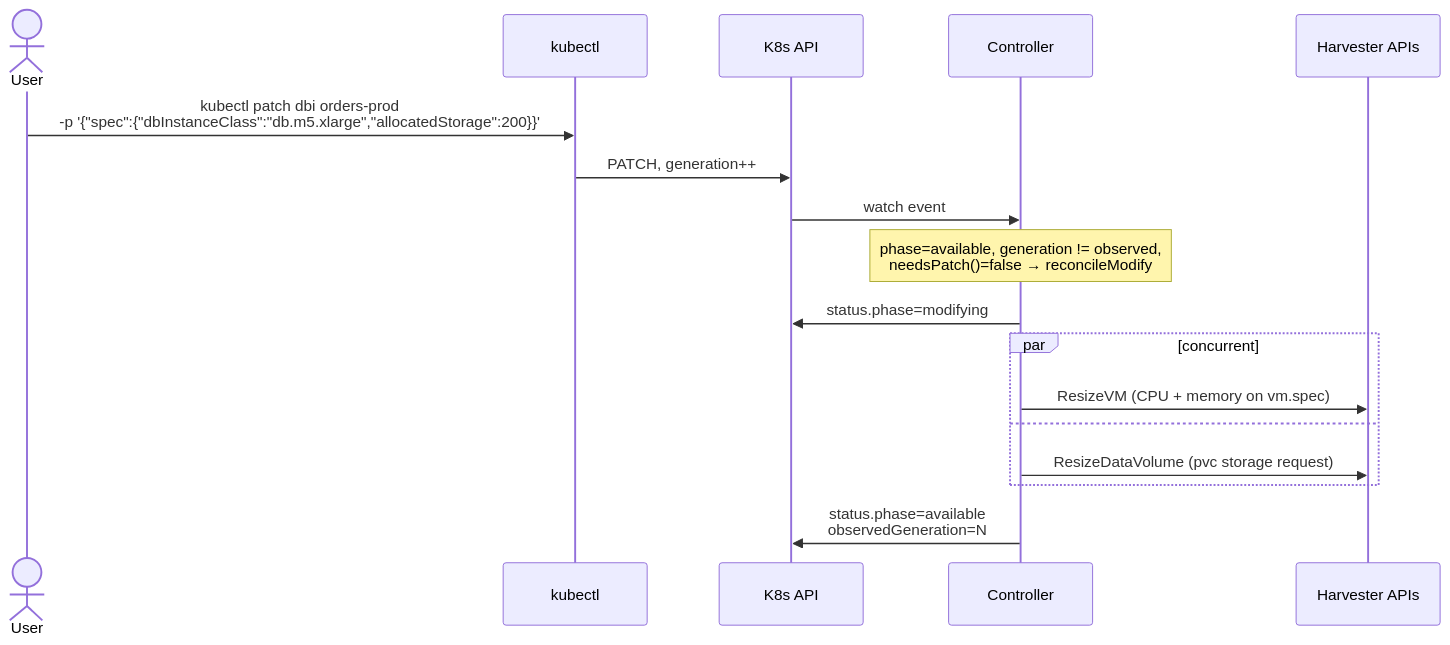
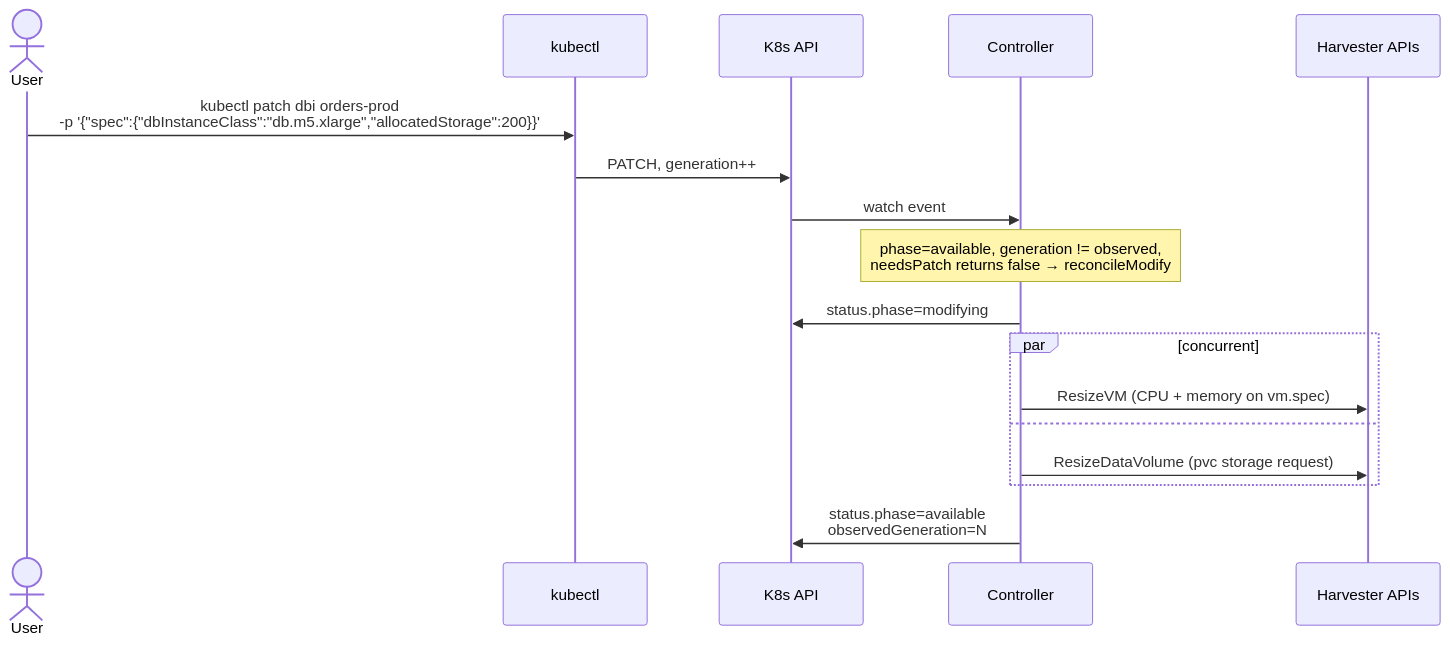
The sixth of 8 diagrams in docs/interactions.md (gnudeep/ocd-dbaas), drawn with Mermaid before and after one commit. The commit also changed other lines of this file, not shown here.

First line of the commit message:
Strip parens and semicolons from Mermaid Note text

````diff
--- a/docs/interactions.md
+++ b/docs/interactions.md
@@ -280,22 +280,22 @@
 ```mermaid
 sequenceDiagram
     actor User
     participant CLI as kubectl
     participant API as K8s API
     participant CTL as Controller
     participant H as Harvester APIs
 
     User->>CLI: kubectl patch dbi orders-prod<br/>-p '{"spec":{"dbInstanceClass":"db.m5.xlarge","allocatedStorage":200}}'
     CLI->>API: PATCH, generation++
     API->>CTL: watch event
-    Note over CTL: phase=available, generation != observed,<br/>needsPatch()=false → reconcileModify
+    Note over CTL: phase=available, generation != observed,<br/>needsPatch returns false → reconcileModify
     CTL->>API: status.phase=modifying
 
     par concurrent
         CTL->>H: ResizeVM (CPU + memory on vm.spec)
     and
         CTL->>H: ResizeDataVolume (pvc storage request)
     end
 
     CTL->>API: status.phase=available<br/>observedGeneration=N
 ```
````
